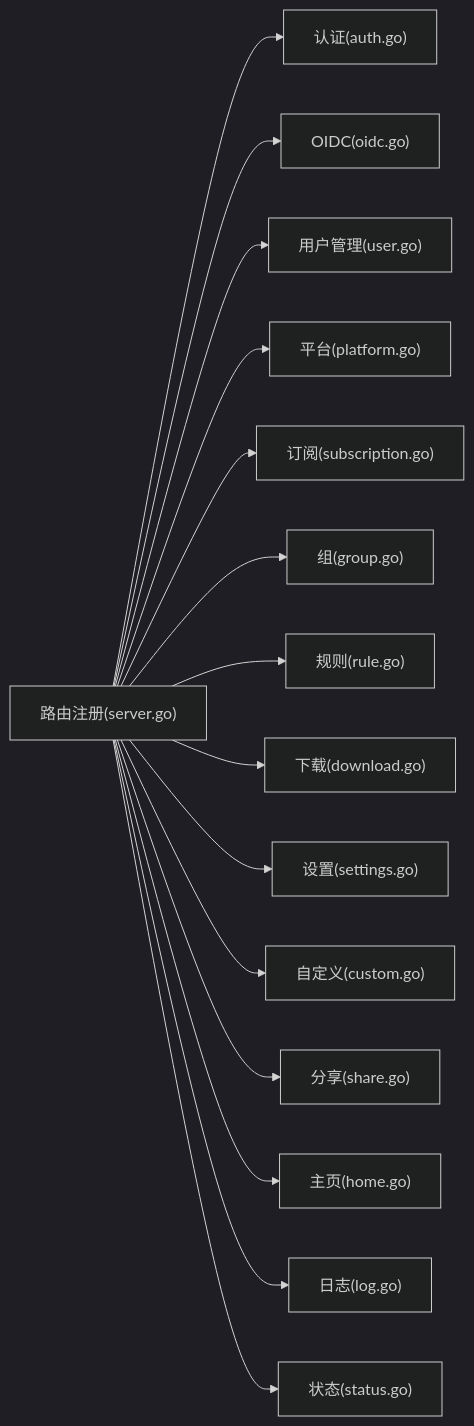
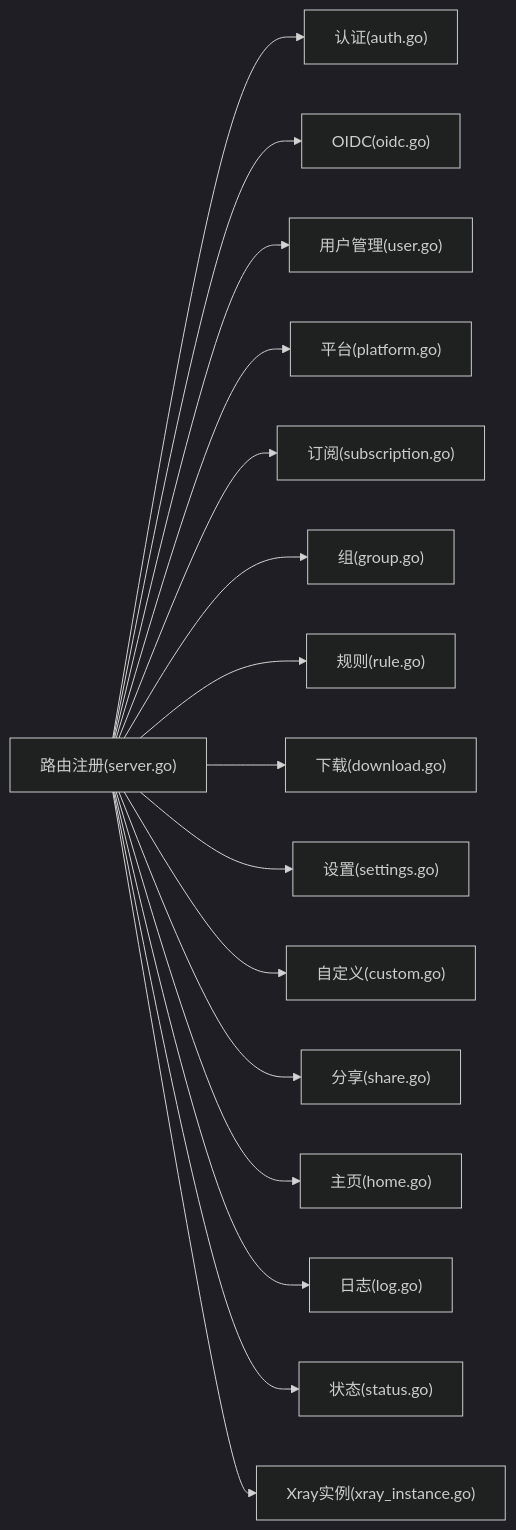
Before and after one commit to AlcaProphet/VPN-Subscription-Management: the third of 6 diagrams in .qoder/repowiki/zh/content/API接口文档/API接口文档.md, drawn with Mermaid (dark theme). The commit also changed other lines of this file and 6 other files, not shown here.

````diff
--- a/.qoder/repowiki/zh/content/API接口文档/API接口文档.md
+++ b/.qoder/repowiki/zh/content/API接口文档/API接口文档.md
@@ -589,17 +628,18 @@
 ```mermaid
 graph LR
 R["路由注册(server.go)"] --> A["认证(auth.go)"]
 R --> O["OIDC(oidc.go)"]
 R --> U["用户管理(user.go)"]
 R --> P["平台(platform.go)"]
 R --> S["订阅(subscription.go)"]
 R --> G["组(group.go)"]
 R --> RU["规则(rule.go)"]
 R --> D["下载(download.go)"]
 R --> ST["设置(settings.go)"]
 R --> C["自定义(custom.go)"]
 R --> SH["分享(share.go)"]
 R --> H["主页(home.go)"]
 R --> L["日志(log.go)"]
 R --> SS["状态(status.go)"]
+R --> X["Xray实例(xray_instance.go)"]
 ```
````
